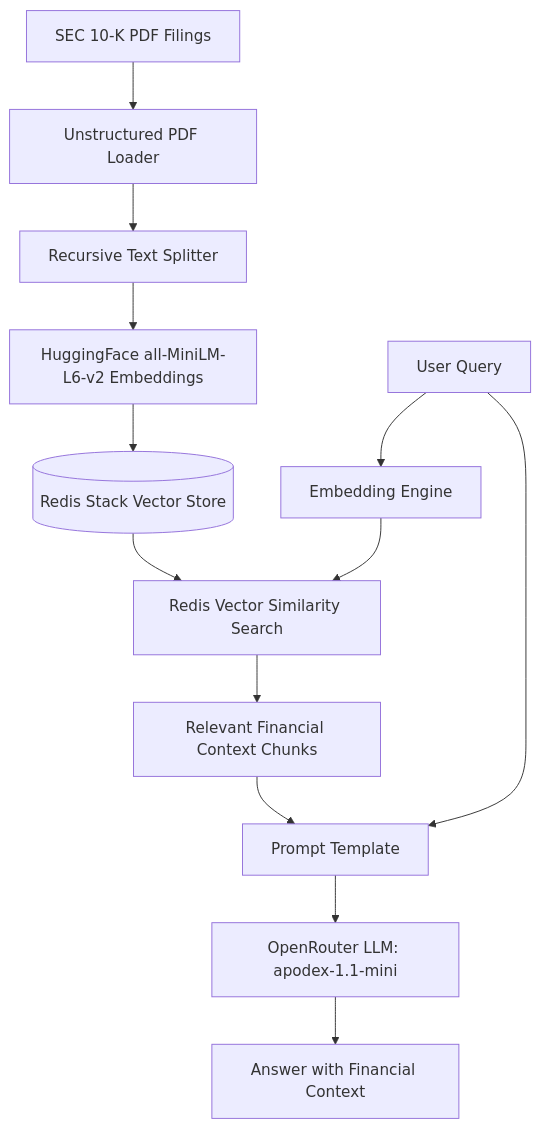
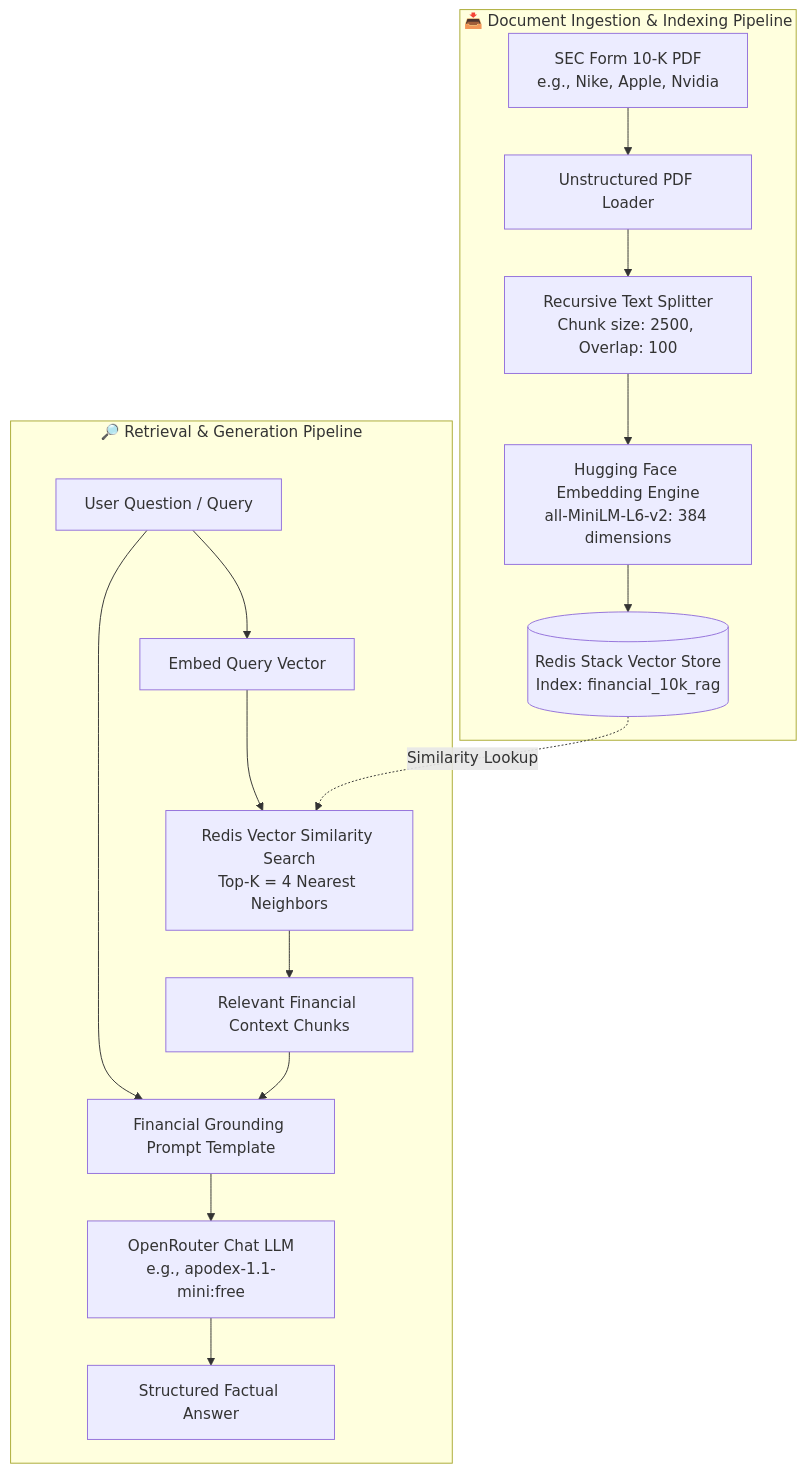
One commit to mistervivek/Financial-Document-RAG-with-LangChain-Redis-Stack changed the diagram in README.md. Above: the diagram before and after it, drawn with Mermaid. The commit also changed other lines of this file, not shown here.

````diff
--- a/README.md
+++ b/README.md
@@ -17,17 +41,20 @@
 ```mermaid
-graph TD
-    A[SEC 10-K PDF Filings] --> B[Unstructured PDF Loader]
-    B --> C[Recursive Text Splitter]
-    C --> D[HuggingFace all-MiniLM-L6-v2 Embeddings]
-    D --> E[(Redis Stack Vector Store)]
-    
-    F[User Query] --> G[Embedding Engine]
-    G --> H[Redis Vector Similarity Search]
-    E --> H
-    H --> I[Relevant Financial Context Chunks]
-    
-    I --> J[Prompt Template]
-    F --> J
-    J --> K[OpenRouter LLM: apodex-1.1-mini]
-    K --> L[Answer with Financial Context]
+flowchart TD
+    subgraph Ingestion["📥 Document Ingestion & Indexing Pipeline"]
+        A[SEC Form 10-K PDF\ne.g., Nike, Apple, Nvidia] --> B[Unstructured PDF Loader]
+        B --> C[Recursive Text Splitter\nChunk size: 2500, Overlap: 100]
+        C --> D[Hugging Face Embedding Engine\nall-MiniLM-L6-v2: 384 dimensions]
+        D --> E[(Redis Stack Vector Store\nIndex: financial_10k_rag)]
+    end
+
+    subgraph QueryPipeline["🔎 Retrieval & Generation Pipeline"]
+        F[User Question / Query] --> G[Embed Query Vector]
+        G --> H[Redis Vector Similarity Search\nTop-K = 4 Nearest Neighbors]
+        E -.->|Similarity Lookup| H
+        H --> I[Relevant Financial Context Chunks]
+        I --> J[Financial Grounding Prompt Template]
+        F --> J
+        J --> K[OpenRouter Chat LLM\ne.g., apodex-1.1-mini:free]
+        K --> L[Structured Factual Answer]
+    end
 ```
````
